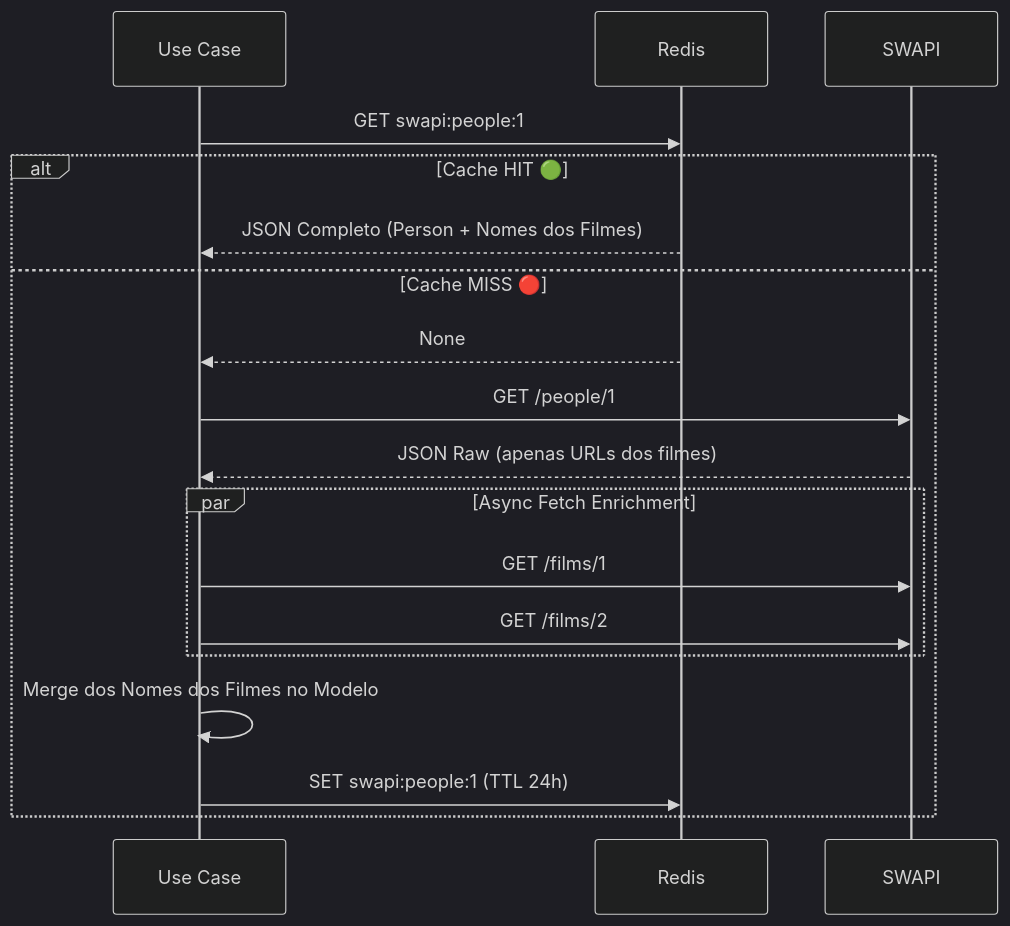
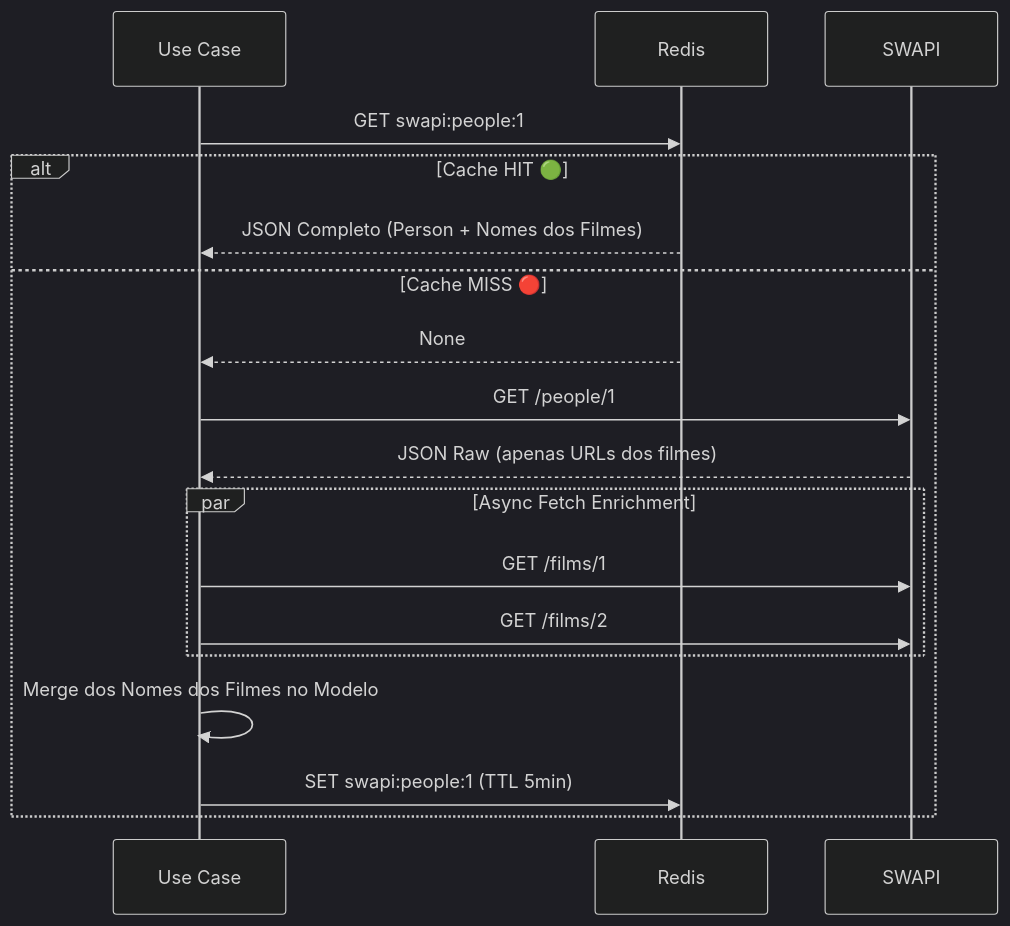
The fourth of 4 diagrams in ARCHITECTURE.MD (guisilveira/stellar-gateway), drawn with Mermaid (dark theme) before and after one commit. The commit also changed other lines of this file and 4 other files, not shown here.

````diff
--- a/ARCHITECTURE.MD
+++ b/ARCHITECTURE.MD
@@ -137,24 +137,24 @@
 ```mermaid
 sequenceDiagram
-    participant Function as Use Case
+    participant CloudRun as Use Case
     participant Redis
     participant SWAPI
 
-    Function->>Redis: GET swapi:people:1
+    CloudRun->>Redis: GET swapi:people:1
     
     alt Cache HIT 🟢
-        Redis-->>Function: JSON Completo (Person + Nomes dos Filmes)
+        Redis-->>CloudRun: JSON Completo (Person + Nomes dos Filmes)
     else Cache MISS 🔴
-        Redis-->>Function: None
-        Function->>SWAPI: GET /people/1
-        SWAPI-->>Function: JSON Raw (apenas URLs dos filmes)
+        Redis-->>CloudRun: None
+        CloudRun->>SWAPI: GET /people/1
+        SWAPI-->>CloudRun: JSON Raw (apenas URLs dos filmes)
         
         par Async Fetch Enrichment
-            Function->>SWAPI: GET /films/1
-            Function->>SWAPI: GET /films/2
+            CloudRun->>SWAPI: GET /films/1
+            CloudRun->>SWAPI: GET /films/2
         end
         
-        Function->>Function: Merge dos Nomes dos Filmes no Modelo
-        Function->>Redis: SET swapi:people:1 (TTL 24h)
+        CloudRun->>CloudRun: Merge dos Nomes dos Filmes no Modelo
+        CloudRun->>Redis: SET swapi:people:1 (TTL 5min)
     end
 ```
````
